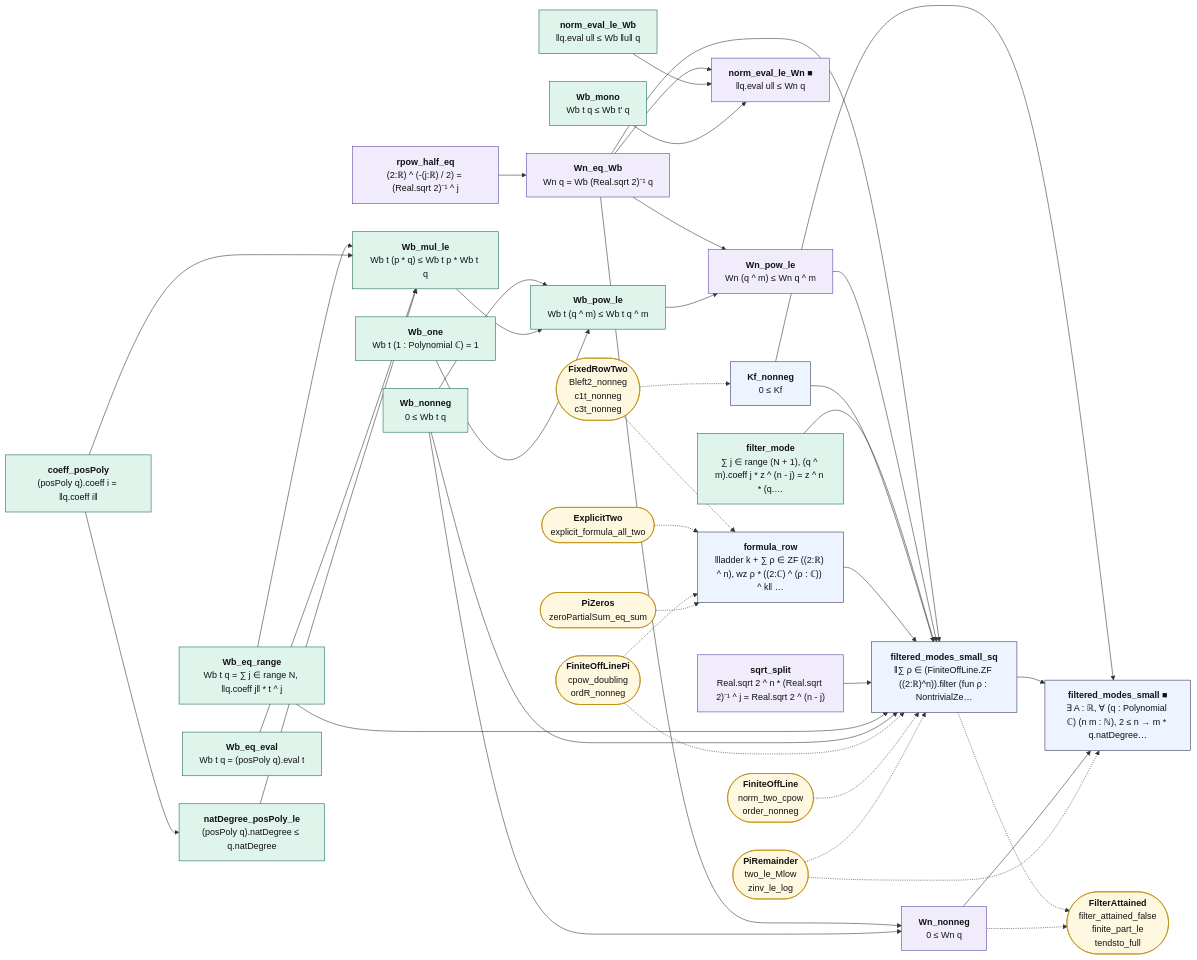
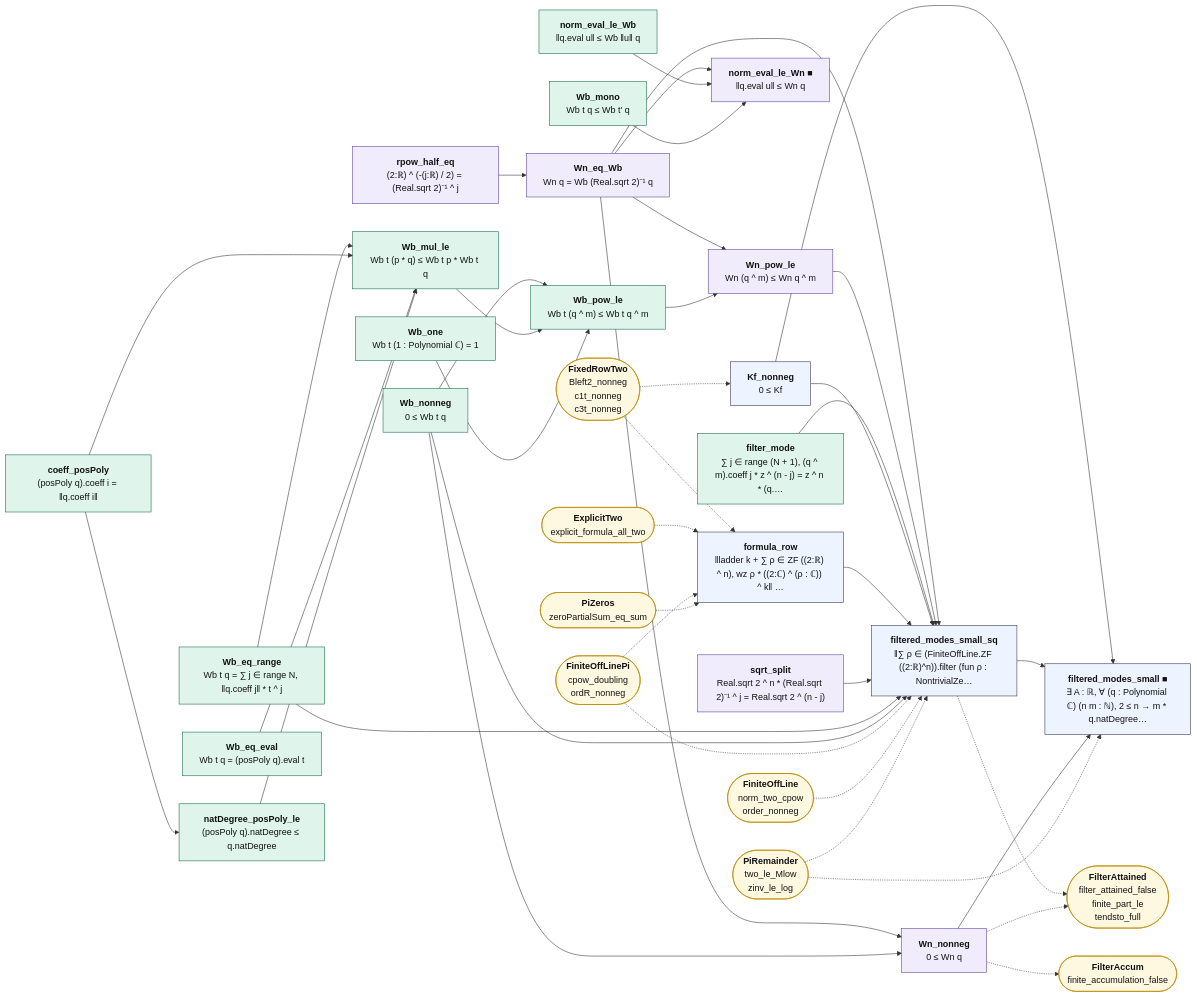
Before and after one commit to juliansambranojr/Primebeat_081426: the diagram in map/lean_stage3/FilterLadder.mmd, drawn with Mermaid. The commit also changed 33 other files, not shown here.

```diff
--- a/map/lean_stage3/FilterLadder.mmd
+++ b/map/lean_stage3/FilterLadder.mmd
@@ -1,75 +1,77 @@
 flowchart LR
   n0["<b>rpow_half_eq</b><br/>(2:ℝ) ^ (-(j:ℝ) / 2) = (Real.sqrt 2)⁻¹ ^ j"]:::shp
   n1["<b>Wn_eq_Wb</b><br/>Wn q = Wb (Real.sqrt 2)⁻¹ q"]:::shp
   n2["<b>Wb_eq_range</b><br/>Wb t q = ∑ j ∈ range N, ‖q.coeff j‖ * t ^ j"]:::cnt
   n3["<b>Wb_nonneg</b><br/>0 ≤ Wb t q"]:::cnt
   n4["<b>Wn_nonneg</b><br/>0 ≤ Wn q"]:::shp
   n5["<b>coeff_posPoly</b><br/>(posPoly q).coeff i = ‖q.coeff i‖"]:::cnt
   n6["<b>Wb_eq_eval</b><br/>Wb t q = (posPoly q).eval t"]:::cnt
   n7["<b>natDegree_posPoly_le</b><br/>(posPoly q).natDegree ≤ q.natDegree"]:::cnt
   n8["<b>Wb_mul_le</b><br/>Wb t (p * q) ≤ Wb t p * Wb t q"]:::cnt
   n9["<b>Wb_one</b><br/>Wb t (1 : Polynomial ℂ) = 1"]:::cnt
   n10["<b>Wb_pow_le</b><br/>Wb t (q ^ m) ≤ Wb t q ^ m"]:::cnt
   n11["<b>Wn_pow_le</b><br/>Wn (q ^ m) ≤ Wn q ^ m"]:::shp
   n12["<b>norm_eval_le_Wb</b><br/>‖q.eval u‖ ≤ Wb ‖u‖ q"]:::cnt
   n13["<b>Wb_mono</b><br/>Wb t q ≤ Wb t' q"]:::cnt
   n14["<b>norm_eval_le_Wn ■</b><br/>‖q.eval u‖ ≤ Wn q"]:::shp
   n15["<b>filter_mode</b><br/>∑ j ∈ range (N + 1), (q ^ m).coeff j * z ^ (n - j) = z ^ n * (q.…"]:::cnt
   n16["<b>Kf_nonneg</b><br/>0 ≤ Kf"]:::thm
   n17["<b>formula_row</b><br/>‖ladder k + ∑ ρ ∈ ZF ((2:ℝ) ^ n), wz ρ * ((2:ℂ) ^ (ρ : ℂ)) ^ k‖ …"]:::thm
   n18["<b>sqrt_split</b><br/>Real.sqrt 2 ^ n * (Real.sqrt 2)⁻¹ ^ j = Real.sqrt 2 ^ (n - j)"]:::shp
   n19["<b>filtered_modes_small_sq</b><br/>‖∑ ρ ∈ (FiniteOffLine.ZF ((2:ℝ)^n)).filter (fun ρ : NontrivialZe…"]:::thm
   n20["<b>filtered_modes_small ■</b><br/>∃ A : ℝ, ∀ (q : Polynomial ℂ) (n m : ℕ), 2 ≤ n → m * q.natDegree…"]:::thm
-  x0(["<b>FilterAttained</b><br/>filter_attained_false<br/>finite_part_le<br/>tendsto_full"]):::ext
-  x1(["<b>FixedRowTwo</b><br/>Bleft2_nonneg<br/>c1t_nonneg<br/>c3t_nonneg"]):::ext
-  x2(["<b>ExplicitTwo</b><br/>explicit_formula_all_two"]):::ext
-  x3(["<b>FiniteOffLinePi</b><br/>cpow_doubling<br/>ordR_nonneg"]):::ext
-  x4(["<b>PiZeros</b><br/>zeroPartialSum_eq_sum"]):::ext
-  x5(["<b>FiniteOffLine</b><br/>norm_two_cpow<br/>order_nonneg"]):::ext
-  x6(["<b>PiRemainder</b><br/>two_le_Mlow<br/>zinv_le_log"]):::ext
+  x0(["<b>FilterAccum</b><br/>finite_accumulation_false"]):::ext
+  x1(["<b>FilterAttained</b><br/>filter_attained_false<br/>finite_part_le<br/>tendsto_full"]):::ext
+  x2(["<b>FixedRowTwo</b><br/>Bleft2_nonneg<br/>c1t_nonneg<br/>c3t_nonneg"]):::ext
+  x3(["<b>ExplicitTwo</b><br/>explicit_formula_all_two"]):::ext
+  x4(["<b>FiniteOffLinePi</b><br/>cpow_doubling<br/>ordR_nonneg"]):::ext
+  x5(["<b>PiZeros</b><br/>zeroPartialSum_eq_sum"]):::ext
+  x6(["<b>FiniteOffLine</b><br/>norm_two_cpow<br/>order_nonneg"]):::ext
+  x7(["<b>PiRemainder</b><br/>two_le_Mlow<br/>zinv_le_log"]):::ext
   n0 --> n1
   n1 --> n11
   n1 --> n14
   n1 --> n19
   n1 --> n4
   n10 --> n11
   n11 --> n19
   n12 --> n14
   n13 --> n14
   n15 --> n19
   n16 --> n19
   n16 --> n20
   n17 --> n19
   n18 --> n19
   n19 --> n20
   n2 --> n19
   n2 --> n8
   n3 --> n10
   n3 --> n19
   n3 --> n4
   n4 --> n20
   n5 --> n7
   n5 --> n8
   n6 --> n8
   n7 --> n8
   n8 --> n10
   n9 --> n10
-  n19 -.-> x0
+  n19 -.-> x1
   n4 -.-> x0
-  x1 -.-> n16
-  x1 -.-> n17
+  n4 -.-> x1
+  x2 -.-> n16
   x2 -.-> n17
   x3 -.-> n17
-  x3 -.-> n19
   x4 -.-> n17
-  x5 -.-> n19
+  x4 -.-> n19
+  x5 -.-> n17
   x6 -.-> n19
-  x6 -.-> n20
+  x7 -.-> n19
+  x7 -.-> n20
   classDef cnt fill:#dff5ec,stroke:#17694a,color:#111
   classDef shp fill:#f1ecfb,stroke:#5b3fa0,color:#111
   classDef rh fill:#ffe5e5,stroke:#c22,color:#111,stroke-width:2px
   classDef thm fill:#eef4ff,stroke:#335,color:#111
   classDef end_ fill:#e7f7e7,stroke:#2a7,color:#111,stroke-width:2px
   classDef lone fill:#fff,stroke:#999,color:#111,stroke-dasharray:4 3
   classDef bad fill:#ffe5e5,stroke:#c22,color:#111,stroke-width:2px
   classDef ext fill:#fff8e1,stroke:#b80,color:#111
```
